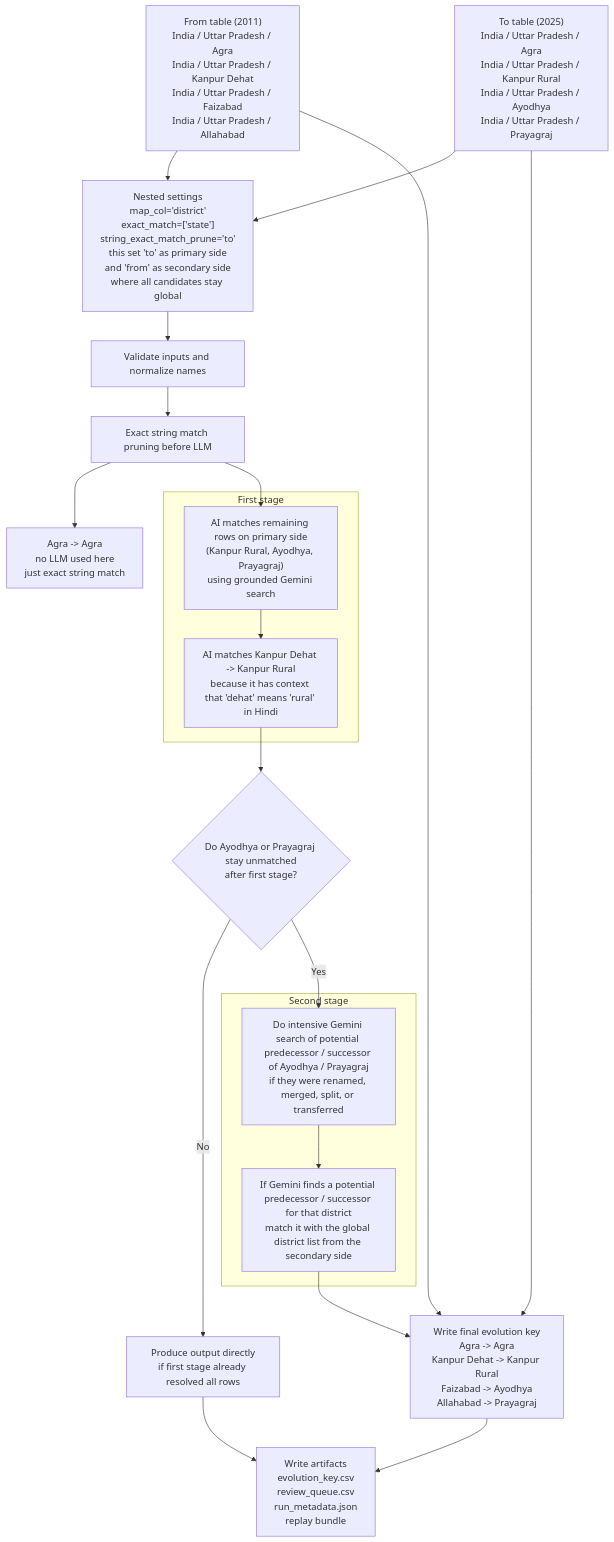
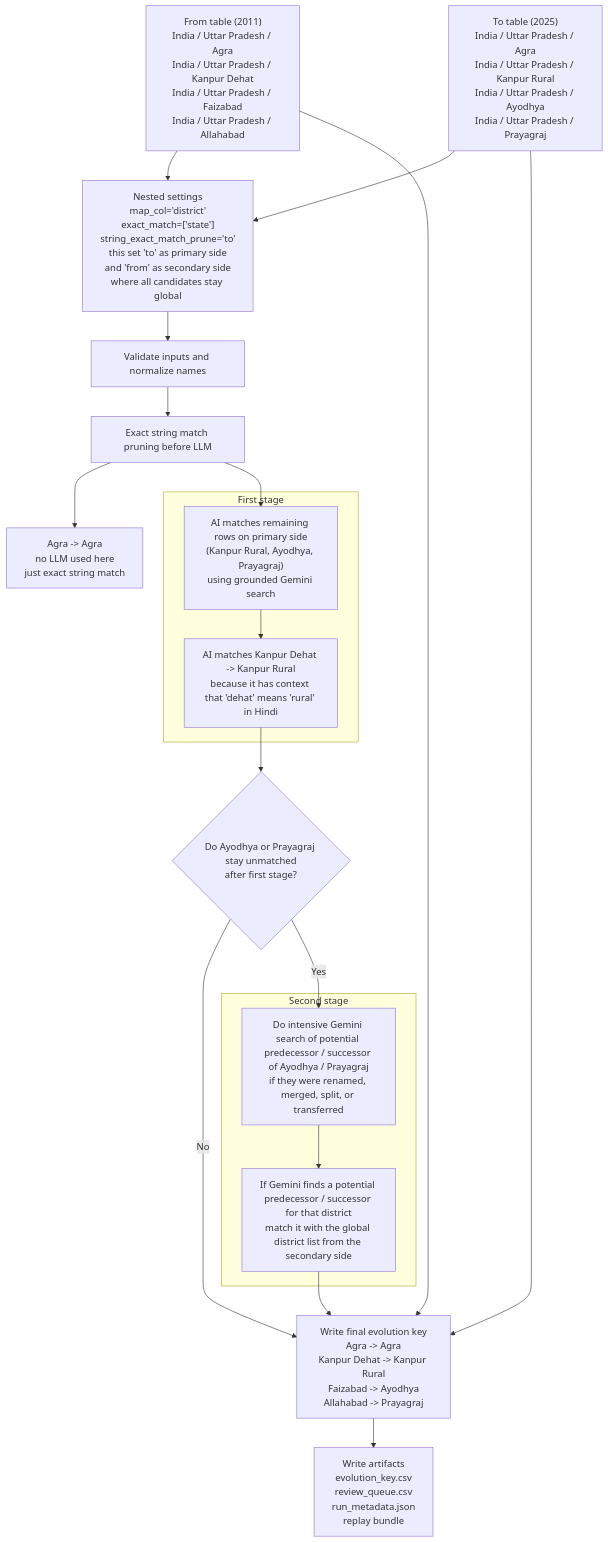
The diagram in README.md (TahaIbrahimSiddiqui/AdminLineageAI), drawn with Mermaid before and after one commit.

Commit message:
docs(readme): simplify flowchart output branch
Remove the redundant direct-output box and route the first-stage no-unmatched path straight into the final evolution key.

````diff
--- a/README.md
+++ b/README.md
@@ -129,44 +129,42 @@
 ```mermaid
 flowchart TD
     A["From table (2011)<br/>India / Uttar Pradesh / Agra<br/>India / Uttar Pradesh / Kanpur Dehat<br/>India / Uttar Pradesh / Faizabad<br/>India / Uttar Pradesh / Allahabad"]
     B["To table (2025)<br/>India / Uttar Pradesh / Agra<br/>India / Uttar Pradesh / Kanpur Rural<br/>India / Uttar Pradesh / Ayodhya<br/>India / Uttar Pradesh / Prayagraj"]
     C["Nested settings<br/>map_col='district'<br/>exact_match=['state']<br/>string_exact_match_prune='to'<br/>this set 'to' as primary side<br/>and 'from' as secondary side<br/>where all candidates stay global"]
     D["Validate inputs and normalize names"]
     E["Exact string match pruning before LLM"]
     F["Agra -> Agra<br/>no LLM used here<br/>just exact string match"]
     H["AI matches remaining rows on primary side<br/>(Kanpur Rural, Ayodhya, Prayagraj)<br/>using grounded Gemini search<br/>"]
     I["AI matches Kanpur Dehat -> Kanpur Rural<br/>because it has context that 'dehat' means 'rural' in Hindi"]
     J{"Do Ayodhya or Prayagraj stay unmatched<br/>after first stage?"}
-    K["Produce output directly<br/>if first stage already resolved all rows"]
     L["Do intensive Gemini search of potential predecessor / successor of Ayodhya / Prayagraj<br/>if they were renamed, merged, split, or transferred"]
     M["If Gemini finds a potential predecessor / successor for that district<br/>match it with the global district list from the secondary side"]
     N["Write final evolution key<br/>Agra -> Agra<br/>Kanpur Dehat -> Kanpur Rural<br/>Faizabad -> Ayodhya<br/>Allahabad -> Prayagraj"]
     O["Write artifacts<br/>evolution_key.csv<br/>review_queue.csv<br/>run_metadata.json<br/>replay bundle"]
 
     subgraph G["First stage"]
         H
         I
     end
 
     subgraph P["Second stage"]
         L
         M
     end
 
     A --> C
     B --> C
     C --> D
     D --> E
     E --> F
     E --> H
     H --> I
     I --> J
-    J -- "No" --> K
+    J -- "No" --> N
     J -- "Yes" --> L
     L --> M
-    K --> O
     A --> N
     B --> N
     M --> N
     N --> O
 ```
````
